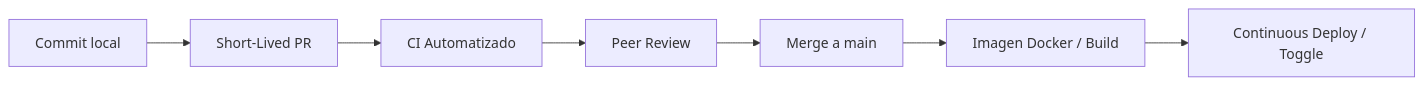
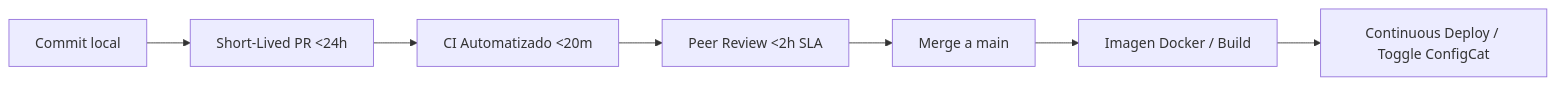
One commit to andrez-co/diplomado-sabados changed the first of 2 diagrams in SCRUM_TBD_PLAYBOOK.md. Above: the diagram before and after it, drawn with Mermaid. The commit also changed other lines of this file, not shown here.

````diff
--- a/SCRUM_TBD_PLAYBOOK.md
+++ b/SCRUM_TBD_PLAYBOOK.md
@@ -17,9 +17,9 @@
 ```mermaid
 flowchart LR
-    A[Commit local] --> B[Short-Lived PR]
-    B --> C[CI Automatizado]
-    C --> D[Peer Review]
+    A[Commit local] --> B[Short-Lived PR <24h]
+    B --> C[CI Automatizado <20m]
+    C --> D[Peer Review <2h SLA]
     D --> E[Merge a main]
     E --> F[Imagen Docker / Build]
-    F --> G[Continuous Deploy / Toggle]
+    F --> G[Continuous Deploy / Toggle ConfigCat]
 ```
````
